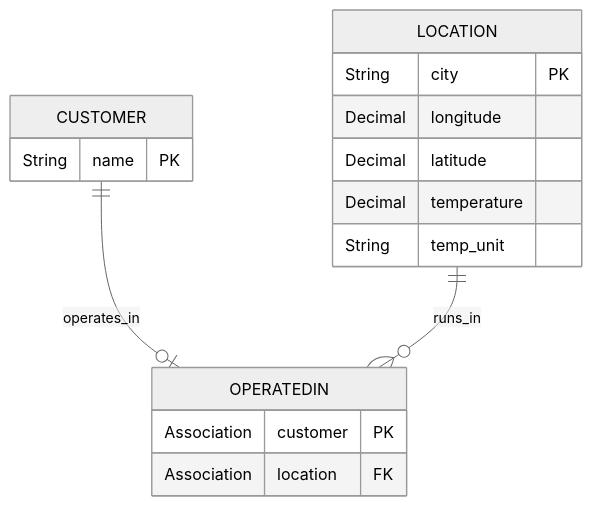
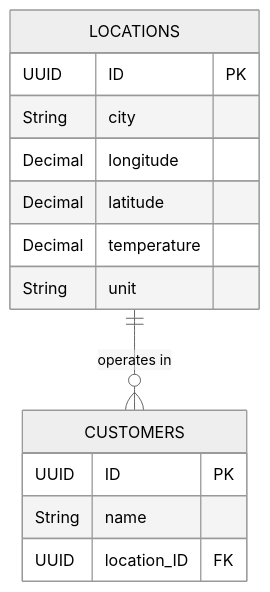
Before and after one commit to clouddnagmbh/live-session-CAP-External-Service-Weather: the diagram in README.md, drawn with Mermaid (neutral theme). The commit also changed other lines of this file and 2 other files, not shown here.

Commit message:
Model with cuid and managed: Customers and Locations; SAP operates in Walldorf
Plural entity names, UUID keys (cuid), audit fields (managed) and a managed association from Customers to Locations, following the CAP domain modeling guide. OperatedIn is gone: each customer operates in one location. CustomerLocations is a projection on Customers, filtered by city.

````diff
--- a/README.md
+++ b/README.md
@@ -46,22 +45,19 @@
 ```mermaid
 erDiagram
-    CUSTOMER ||--o| OPERATEDIN : operates_in
-    LOCATION ||--o{ OPERATEDIN : runs_in
+    LOCATIONS ||--o{ CUSTOMERS : "operates in"
 
-    CUSTOMER {
-        String name PK
+    CUSTOMERS {
+        UUID    ID PK
+        String  name
+        UUID    location_ID FK
     }
 
-    LOCATION {
-        String  city PK
+    LOCATIONS {
+        UUID    ID PK
+        String  city
         Decimal longitude
         Decimal latitude
         Decimal temperature
-        String  temp_unit
-    }
-
-    OPERATEDIN {
-        Association customer PK
-        Association location FK
+        String  unit
     }
 ```
````
